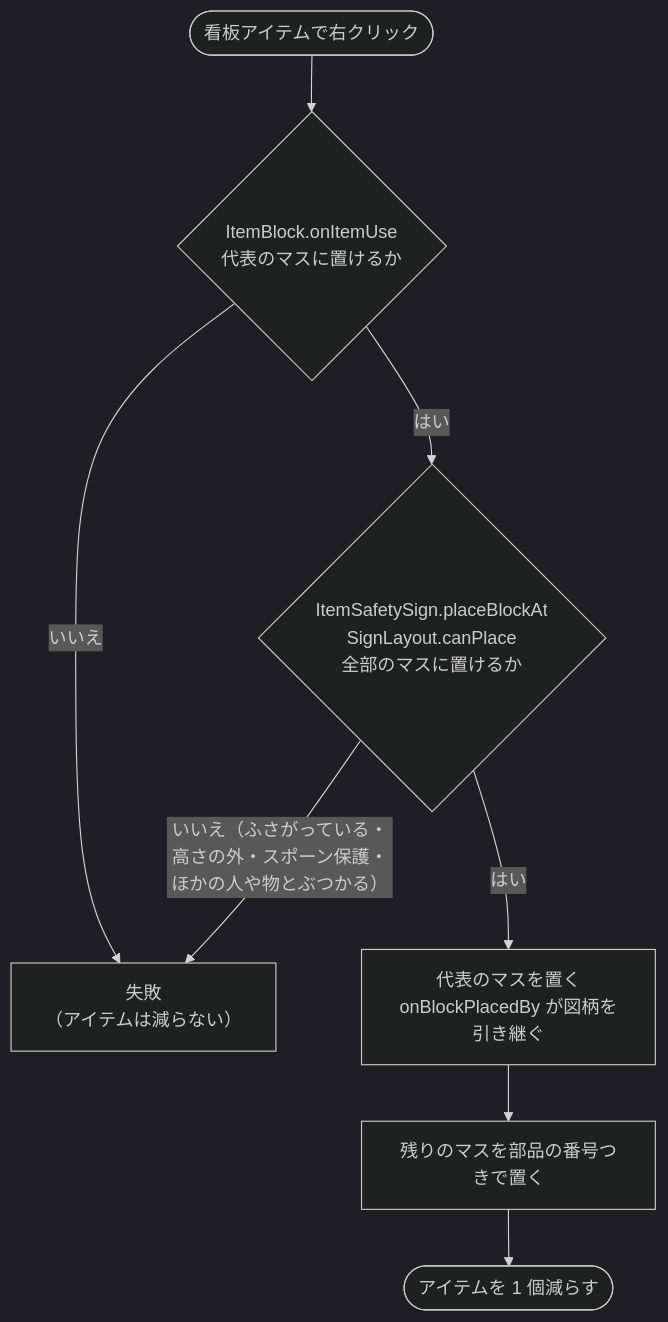
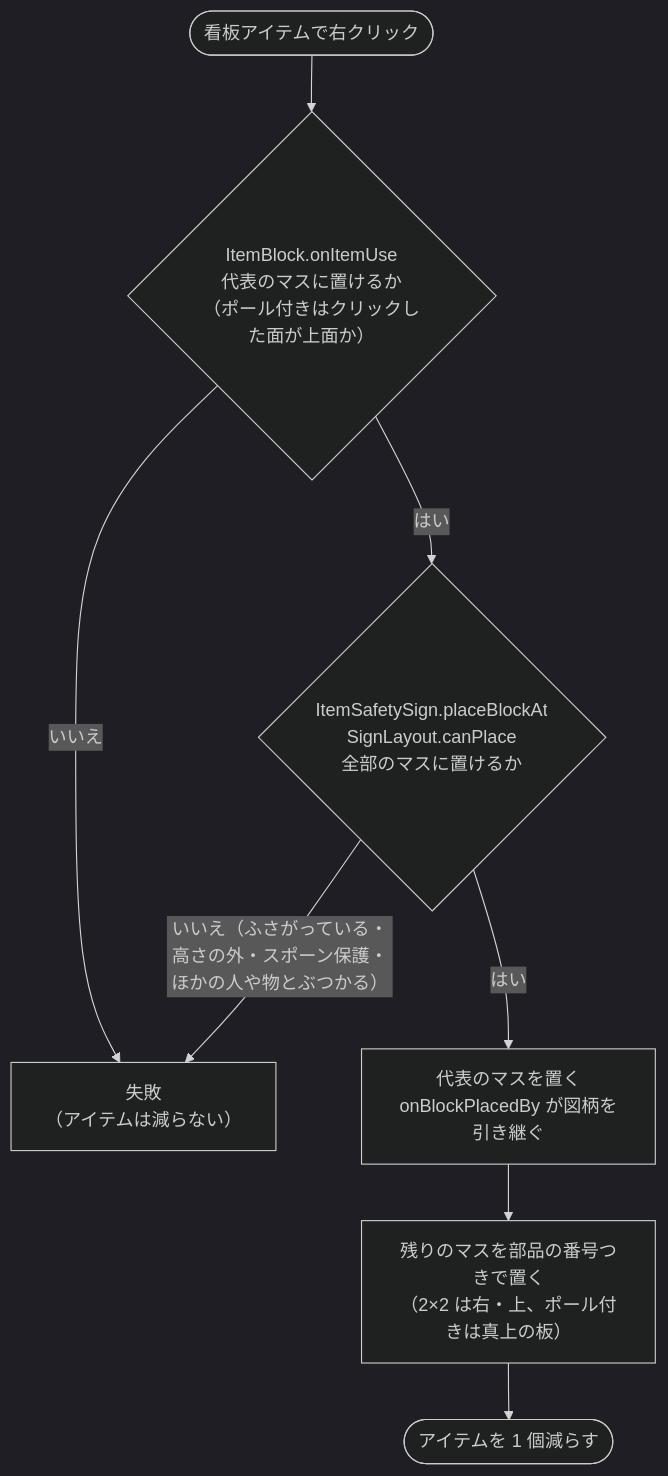
The second of 3 diagrams in doc/diagrams/multiblock.md (zeusisgood/safetysigns), drawn with Mermaid (dark theme) before and after one commit. The commit also changed other lines of this file and 25 other files, not shown here.

````diff
--- a/doc/diagrams/multiblock.md
+++ b/doc/diagrams/multiblock.md
@@ -14,10 +33,10 @@
 ```mermaid
 flowchart TD
-    Click([看板アイテムで右クリック]) --> IB{"ItemBlock.onItemUse<br/>代表のマスに置けるか"}
+    Click([看板アイテムで右クリック]) --> IB{"ItemBlock.onItemUse<br/>代表のマスに置けるか<br/>（ポール付きはクリックした面が上面か）"}
     IB -- いいえ --> Fail["失敗<br/>（アイテムは減らない）"]
     IB -- はい --> All{"ItemSafetySign.placeBlockAt<br/>SignLayout.canPlace<br/>全部のマスに置けるか"}
     All -->|"いいえ（ふさがっている・高さの外・スポーン保護・ほかの人や物とぶつかる）"| Fail
     All -- はい --> Origin["代表のマスを置く<br/>onBlockPlacedBy が図柄を引き継ぐ"]
-    Origin --> Parts["残りのマスを部品の番号つきで置く"]
+    Origin --> Parts["残りのマスを部品の番号つきで置く<br/>（2×2 は右・上、ポール付きは真上の板）"]
     Parts --> Done([アイテムを 1 個減らす])
 ```
````
